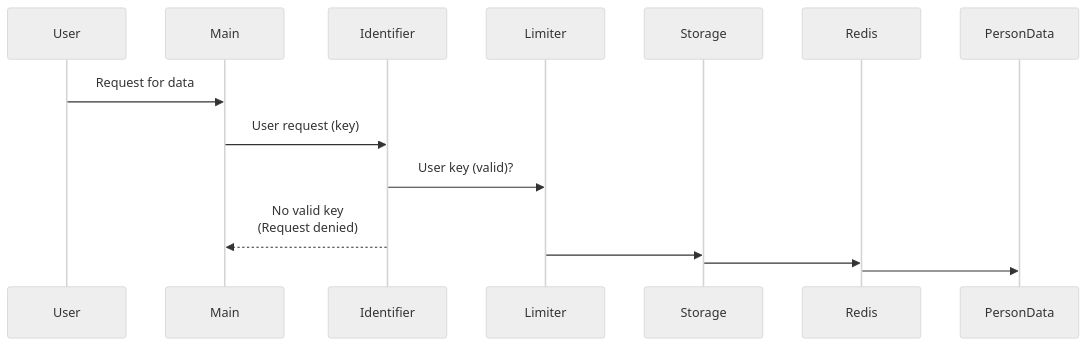
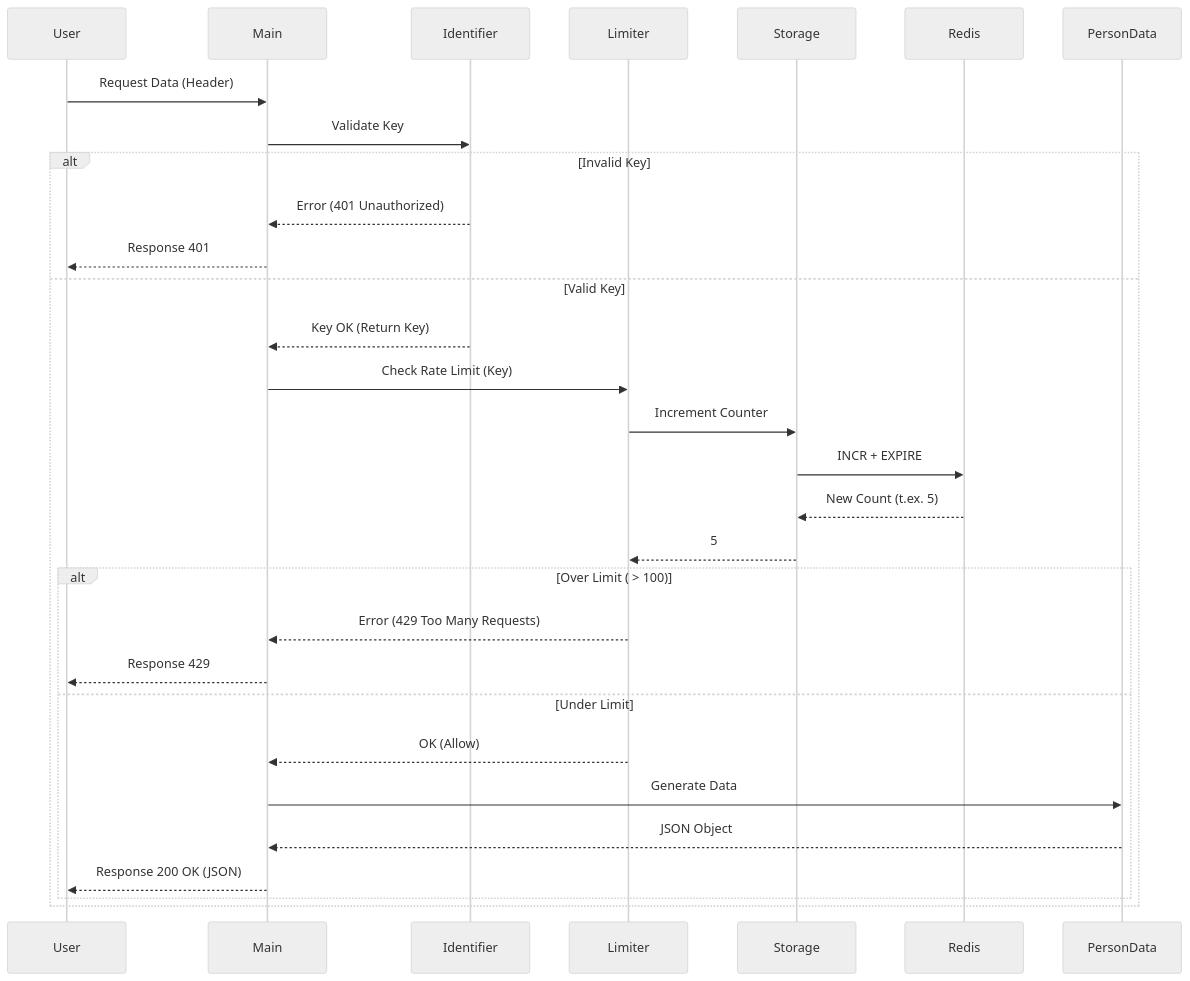
One commit to JonathanWindell/API-Shell changed the diagram in diagrams/sequence_diagram.md. Above: the diagram before and after it, drawn with Mermaid (neutral theme). The commit also changed 6 other files, not shown here.

Commit message:
Identifier tests are completed and now working on limiter tests

````diff
--- a/diagrams/sequence_diagram.md
+++ b/diagrams/sequence_diagram.md
@@ -1,12 +1,37 @@
-```mermaid
-    sequenceDiagram 
-        User ->> Main: Request for data 
-        Main ->> Identifier: User request (key)
-        Identifier ->> Limiter: User key (valid)?
-        Identifier -->> Main: No valid key <br> (Request denied)
-        Limiter ->> Storage:
-        Storage ->> Redis:
-        Redis ->> PersonData:
+```Mermaid
+    sequenceDiagram
+    participant User
+    participant Main
+    participant Identifier
+    participant Limiter
+    participant Storage
+    participant Redis
+    participant PersonData
 
-
+    User->>Main: Request Data (Header)
+    Main->>Identifier: Validate Key
+    
+    alt Invalid Key
+        Identifier-->>Main: Error (401 Unauthorized)
+        Main-->>User: Response 401
+    else Valid Key
+        Identifier-->>Main: Key OK (Return Key)
+        
+        Main->>Limiter: Check Rate Limit (Key)
+        Limiter->>Storage: Increment Counter
+        Storage->>Redis: INCR + EXPIRE
+        Redis-->>Storage: New Count (t.ex. 5)
+        Storage-->>Limiter: 5
+        
+        alt Over Limit ( > 100)
+            Limiter-->>Main: Error (429 Too Many Requests)
+            Main-->>User: Response 429
+        else Under Limit
+            Limiter-->>Main: OK (Allow)
+            
+            Main->>PersonData: Generate Data
+            PersonData-->>Main: JSON Object
+            Main-->>User: Response 200 OK (JSON)
+        end
+    end
 ```
````
